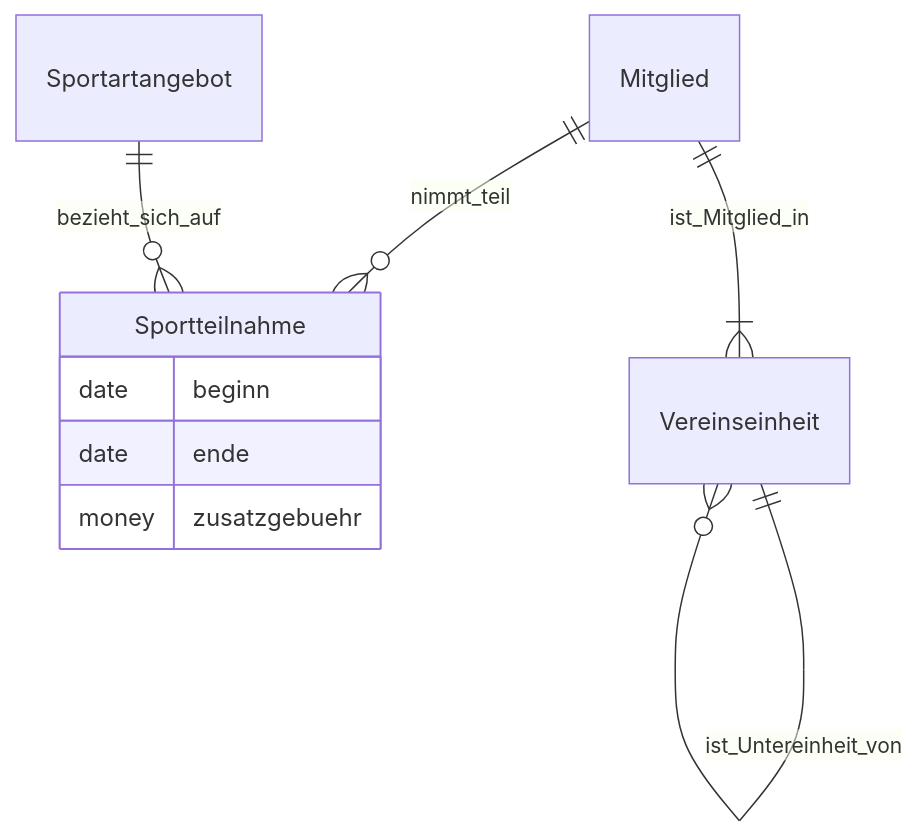
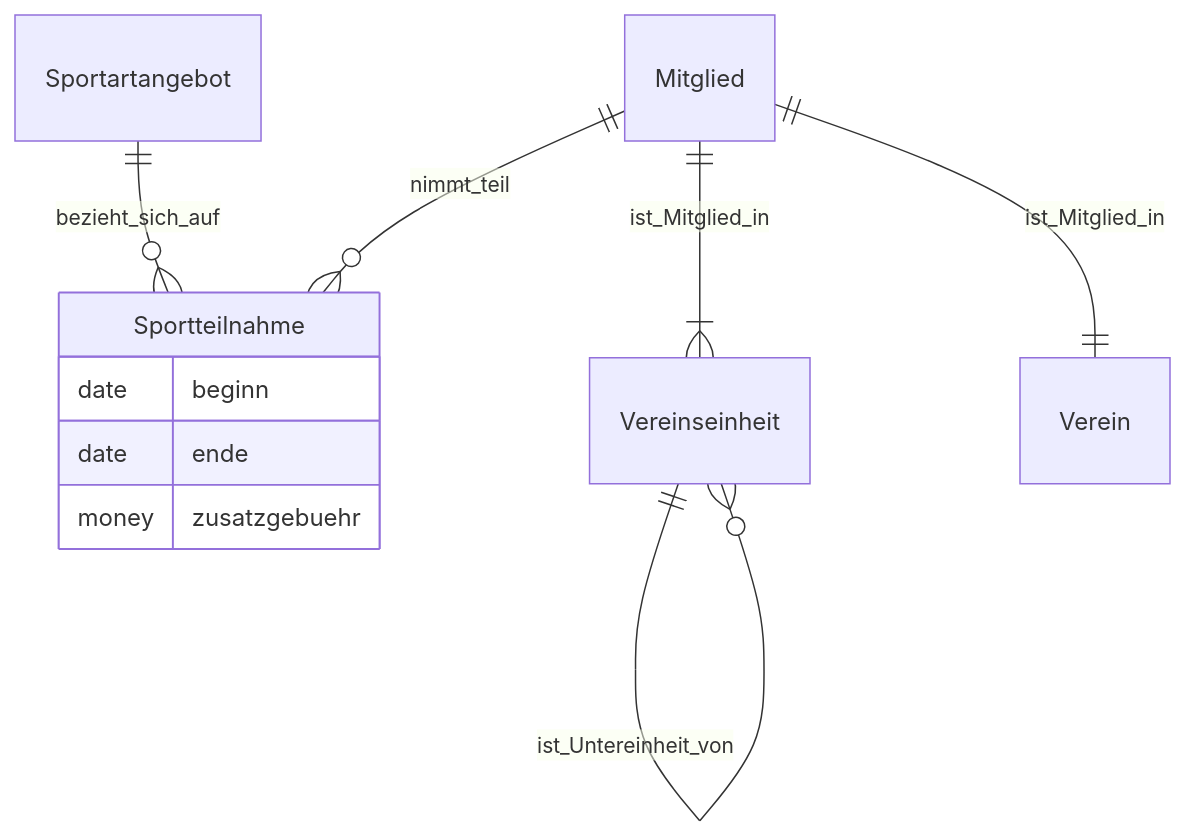
Before and after one commit to Lehrstuhl-BWL-EvIS/sportyweb: the diagram in documentation/datamodel.md, drawn with Mermaid.

Commit message:
Revised datamodel.md

````diff
--- a/documentation/datamodel.md
+++ b/documentation/datamodel.md
@@ -22,12 +22,13 @@
 ```mermaid
 erDiagram
 	Mitglied ||--o{ Sportteilnahme : nimmt_teil
 	Sportartangebot ||--o{ Sportteilnahme : bezieht_sich_auf
 	Sportteilnahme {
 		date beginn
 		date ende
 		money zusatzgebuehr
 	}
 	Mitglied ||--|{ Vereinseinheit : ist_Mitglied_in
   Vereinseinheit ||--o{ Vereinseinheit : ist_Untereinheit_von
+	Mitglied ||--|| Verein : ist_Mitglied_in
 ```
````
